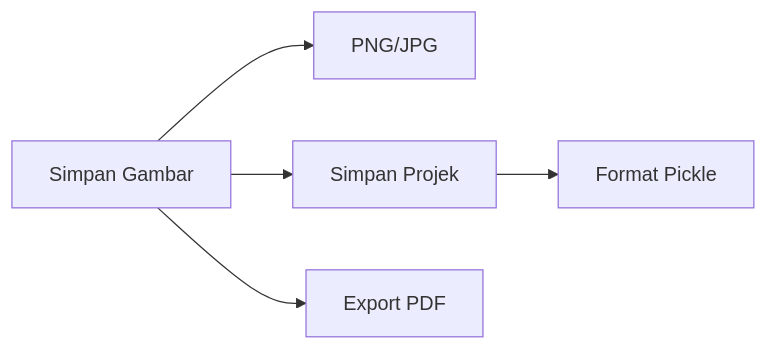
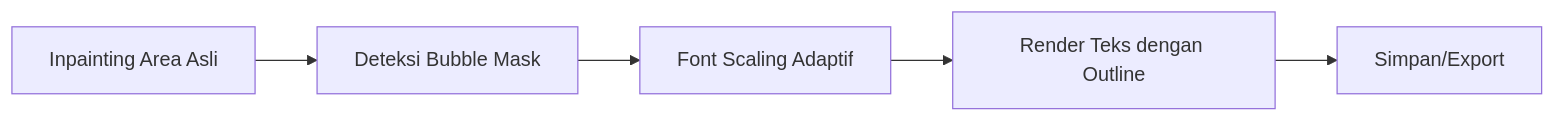
One commit to irazawa/Manga-OCR changed the eighth of 8 diagrams in README.md. Above: the diagram before and after it, drawn with Mermaid. The commit also changed other lines of this file and 4 other files, not shown here.

````diff
--- a/README.md
+++ b/README.md
@@ -117,7 +109,4 @@
 ```mermaid
 flowchart LR
-    G1[Simpan Gambar] --> G2[PNG/JPG]
-    G1 --> G3[Simpan Projek]
-    G3 --> G4[Format Pickle]
-    G1 --> G5[Export PDF]
+    G1[Inpainting Area Asli] --> G2[Deteksi Bubble Mask] --> G3[Font Scaling Adaptif] --> G4[Render Teks dengan Outline] --> G5[Simpan/Export]
 ```
````
